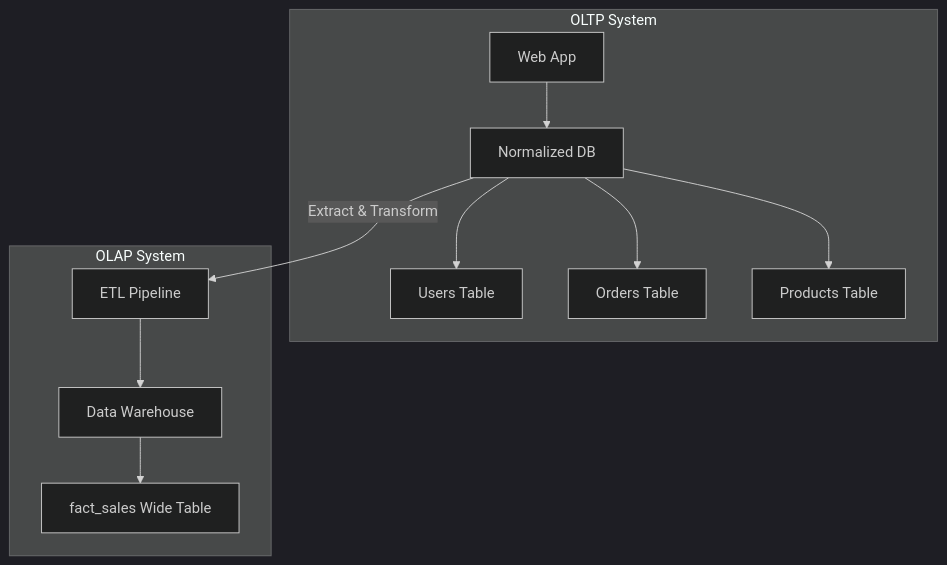
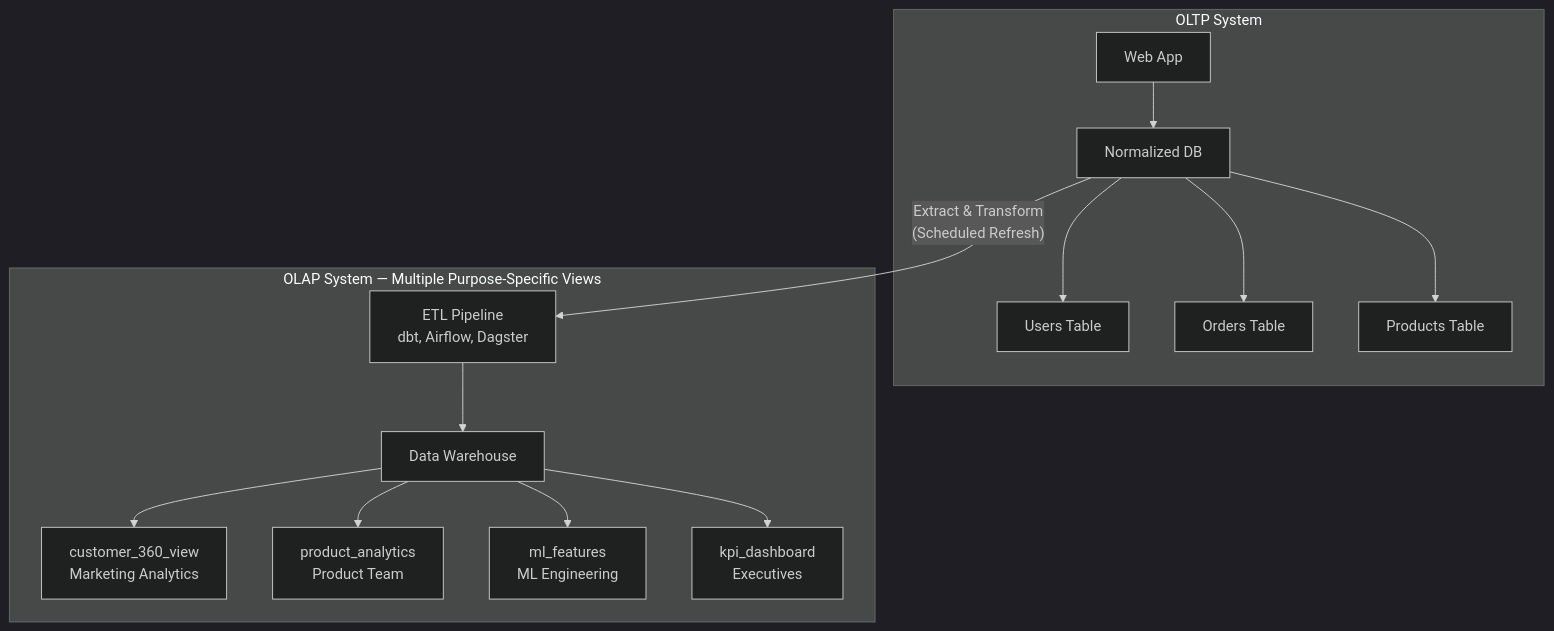
One commit to devomh/comp4098-2026 changed the second of 6 diagrams in week_03/w03_l06_concept_denormalization.md. Above: the diagram before and after it, drawn with Mermaid (dark theme). The commit also changed other lines of this file and 13 other files, not shown here.

````diff
--- a/week_03/w03_l06_concept_denormalization.md
+++ b/week_03/w03_l06_concept_denormalization.md
@@ -85,14 +88,18 @@
 ```mermaid
 flowchart TD
     subgraph "OLTP System"
         T1[Web App] --> T2[Normalized DB]
         T2 --> T3[Users Table]
         T2 --> T4[Orders Table]
         T2 --> T5[Products Table]
     end
-    subgraph "OLAP System"
-        A1[ETL Pipeline] --> A2[Data Warehouse]
-        A2 --> A3[fact_sales Wide Table]
+
+    subgraph "OLAP System — Multiple Purpose-Specific Views"
+        A1[ETL Pipeline<br/>dbt, Airflow, Dagster] --> A2[Data Warehouse]
+        A2 --> A3[customer_360_view<br/>Marketing Analytics]
+        A2 --> A4[product_analytics<br/>Product Team]
+        A2 --> A5[ml_features<br/>ML Engineering]
+        A2 --> A6[kpi_dashboard<br/>Executives]
     end
-    T2 -->|"Extract & Transform"| A1
+    T2 -->|"Extract & Transform<br/>(Scheduled Refresh)"| A1
 ```
````
